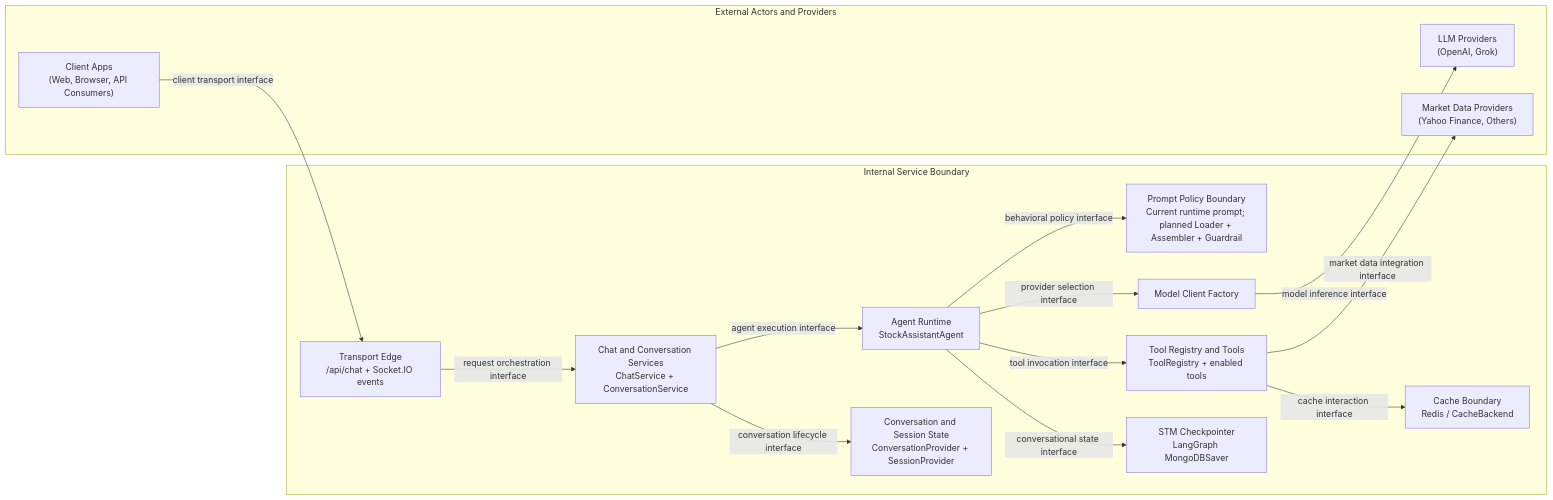
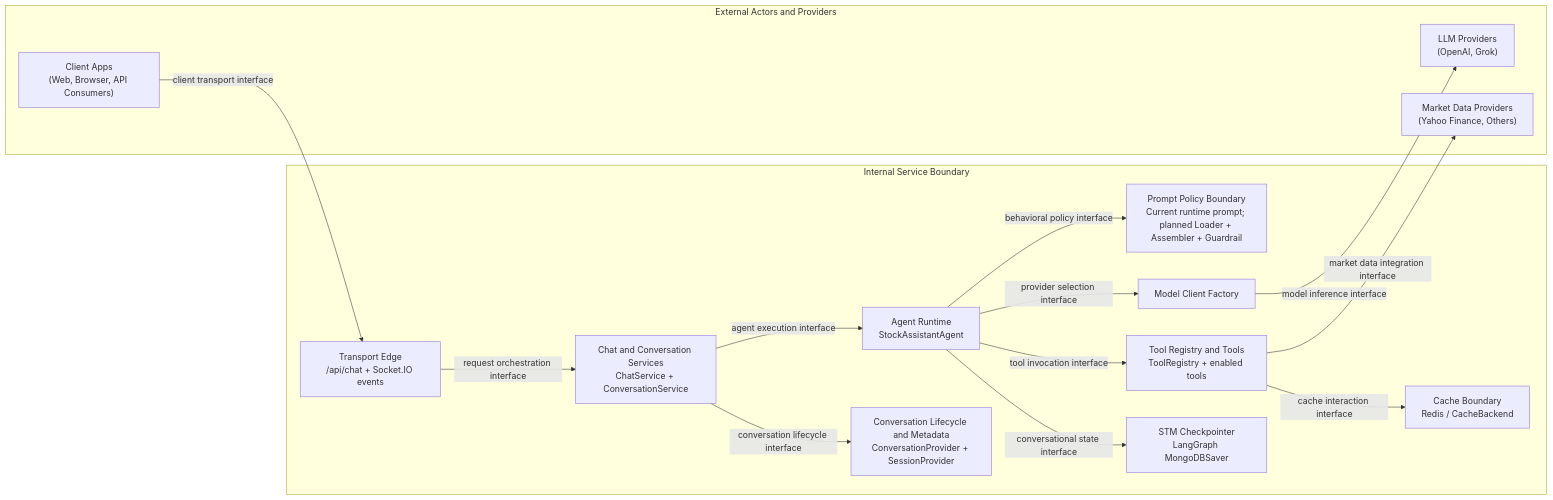
The second of 11 diagrams in docs/domains/agent/ARCHITECTURE_DESIGN.md (d-dragon/dp-stock-investment-assistant), drawn with Mermaid before and after one commit. The commit also changed other lines of this file and 2 other files, not shown here.

First line of the commit message:
docs(agent): clarify STM authority split, refine/improve STM architectural description and technical design documentation

````diff
--- a/docs/domains/agent/ARCHITECTURE_DESIGN.md
+++ b/docs/domains/agent/ARCHITECTURE_DESIGN.md
@@ -266,32 +273,32 @@
 ```mermaid
 flowchart LR
   subgraph External["External Actors and Providers"]
     Client["Client Apps\n(Web, Browser, API Consumers)"]
     LLM["LLM Providers\n(OpenAI, Grok)"]
     Market["Market Data Providers\n(Yahoo Finance, Others)"]
   end
 
   subgraph Internal["Internal Service Boundary"]
     Entry["Transport Edge\n/api/chat + Socket.IO events"]
     Svc["Chat and Conversation Services\nChatService + ConversationService"]
     Agent["Agent Runtime\nStockAssistantAgent"]
     Prompt["Prompt Policy Boundary\nCurrent runtime prompt; planned Loader + Assembler + Guardrail"]
     Tools["Tool Registry and Tools\nToolRegistry + enabled tools"]
     Factory["Model Client Factory"]
-    Meta["Conversation and Session State\nConversationProvider + SessionProvider"]
+    Meta["Conversation Lifecycle and Metadata\nConversationProvider + SessionProvider"]
     Checkpoint["STM Checkpointer\nLangGraph MongoDBSaver"]
     Cache["Cache Boundary\nRedis / CacheBackend"]
   end
 
   Client -->|"client transport interface"| Entry
   Entry -->|"request orchestration interface"| Svc
   Svc -->|"agent execution interface"| Agent
   Svc -->|"conversation lifecycle interface"| Meta
   Agent -->|"behavioral policy interface"| Prompt
   Agent -->|"tool invocation interface"| Tools
   Agent -->|"provider selection interface"| Factory
   Agent -->|"conversational state interface"| Checkpoint
   Tools -->|"cache interaction interface"| Cache
   Factory -->|"model inference interface"| LLM
   Tools -->|"market data integration interface"| Market
 ```
````
